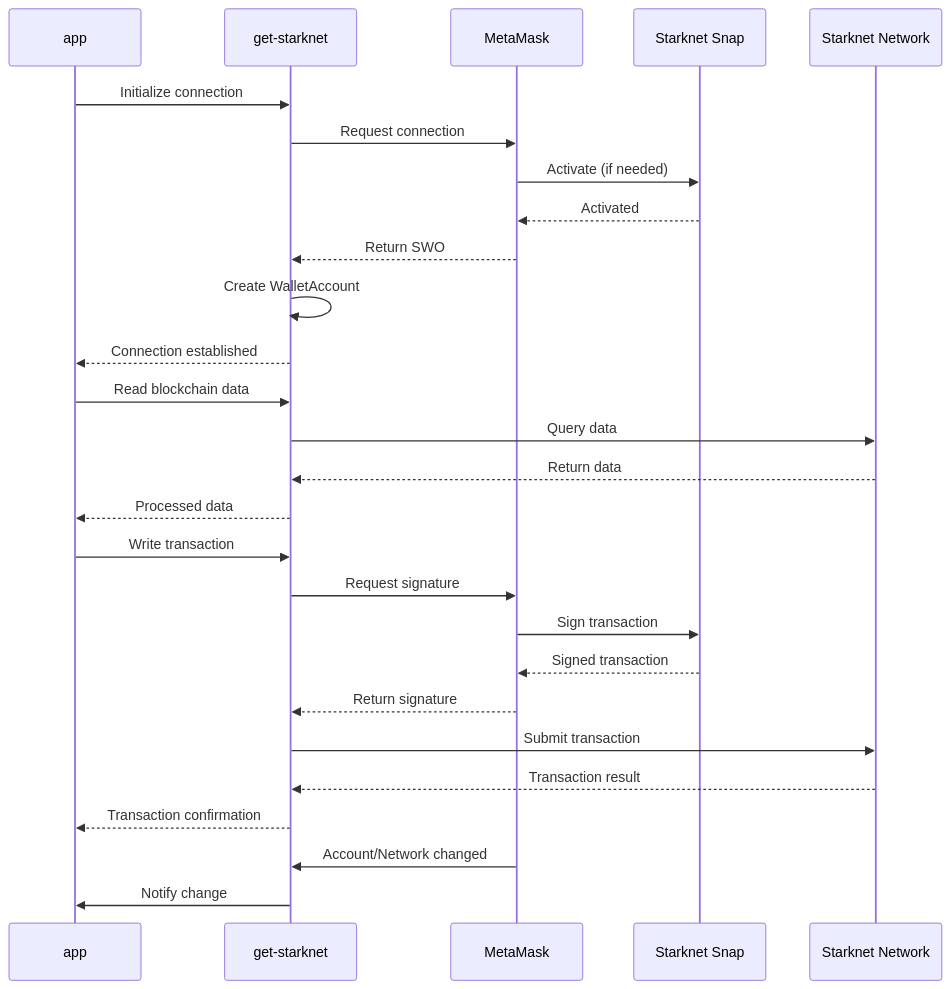
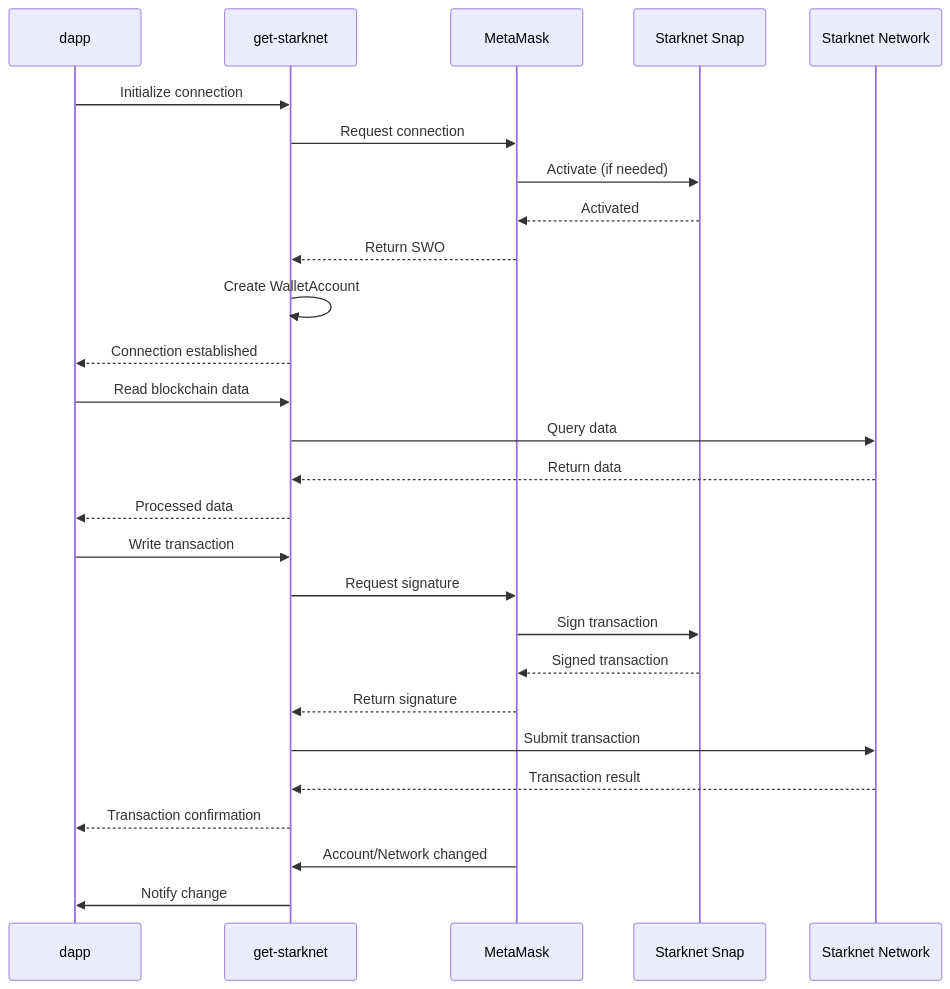
The diagram in wallet/how-to/use-non-evm-networks/starknet-snap/index.md (MetaMask/metamask-docs), drawn with Mermaid before and after one commit.

Commit message:
update diagram

````diff
--- a/wallet/how-to/use-non-evm-networks/starknet-snap/index.md
+++ b/wallet/how-to/use-non-evm-networks/starknet-snap/index.md
@@ -46,30 +46,30 @@
 ```mermaid
 sequenceDiagram
-    participant dapp as app
+    participant dapp as dapp
     participant get as get-starknet
     participant mm as MetaMask
     participant Snap as Starknet Snap
     participant network as Starknet Network
 
     dapp->>get: Initialize connection
     get->>mm: Request connection
     mm->>Snap: Activate (if needed)
     Snap-->>mm: Activated
     mm-->>get: Return SWO
     get->>get: Create WalletAccount
     get-->>dapp: Connection established
     dapp->>get: Read blockchain data
     get->>network: Query data
     network-->>get: Return data
     get-->>dapp: Processed data
     dapp->>get: Write transaction
     get->>mm: Request signature
     mm->>Snap: Sign transaction
     Snap-->>mm: Signed transaction
     mm-->>get: Return signature
     get->>network: Submit transaction
     network-->>get: Transaction result
     get-->>dapp: Transaction confirmation
     mm->>get: Account/Network changed
     get->>dapp: Notify change
 ```
````
